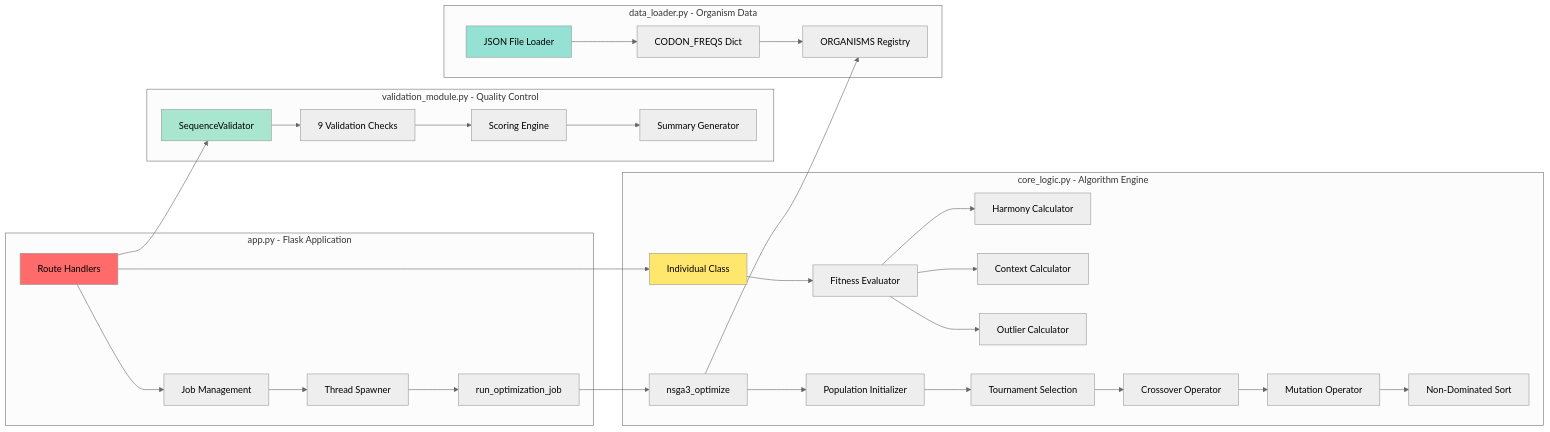
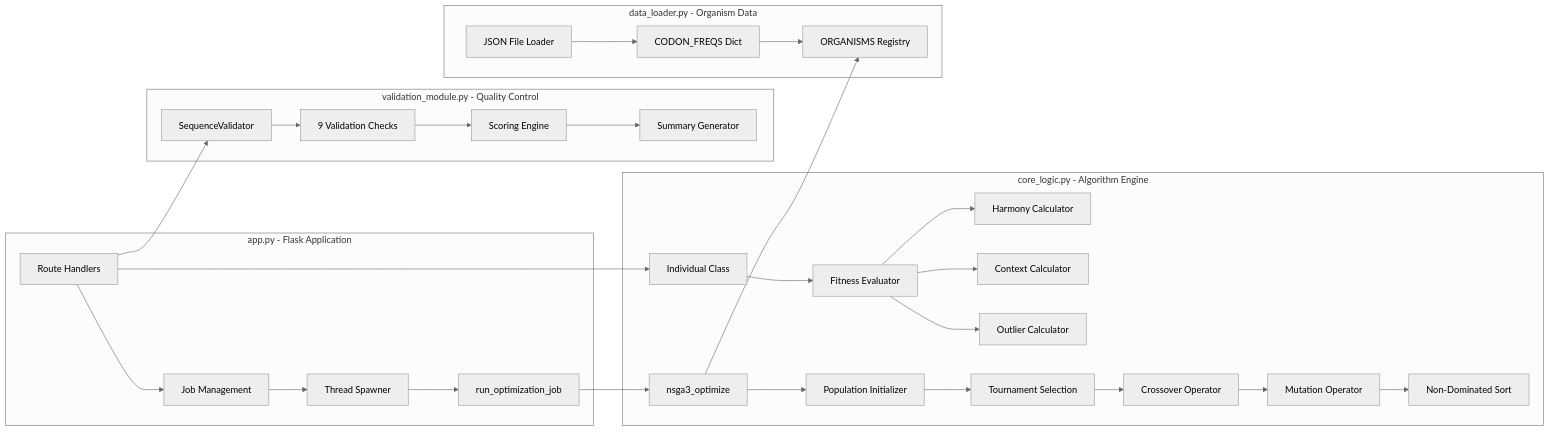
One commit to yaho3122/lab-apps-portfolio changed the second of 7 diagrams in Bioinformatics-Tools/Codon-OPT/architecture.md. Above: the diagram before and after it, drawn with Mermaid (neutral theme). The commit also changed other lines of this file, not shown here.

````diff
--- a/Bioinformatics-Tools/Codon-OPT/architecture.md
+++ b/Bioinformatics-Tools/Codon-OPT/architecture.md
@@ -145,42 +141,39 @@
 ```mermaid
 graph LR
     subgraph "app.py - Flask Application"
         A[Route Handlers] --> B[Job Management]
         B --> C[Thread Spawner]
         C --> D[run_optimization_job]
     end
     
     subgraph "core_logic.py - Algorithm Engine"
         E[Individual Class] --> F[Fitness Evaluator]
         F --> G[Harmony Calculator]
         F --> H[Context Calculator]
         F --> I[Outlier Calculator]
         
         J[nsga3_optimize] --> K[Population Initializer]
         K --> L[Tournament Selection]
         L --> M[Crossover Operator]
         M --> N[Mutation Operator]
         N --> O[Non-Dominated Sort]
     end
     
     subgraph "validation_module.py - Quality Control"
         P[SequenceValidator] --> Q[9 Validation Checks]
         Q --> R[Scoring Engine]
         R --> S[Summary Generator]
     end
     
     subgraph "data_loader.py - Organism Data"
         T[JSON File Loader] --> U[CODON_FREQS Dict]
         U --> V[ORGANISMS Registry]
     end
     
     A --> E
     A --> P
     D --> J
     J --> V
     
-    style A fill:#ff6b6b
-    style E fill:#ffe66d
-    style P fill:#a8e6cf
-    style T fill:#95e1d3
+   
 ```
````
